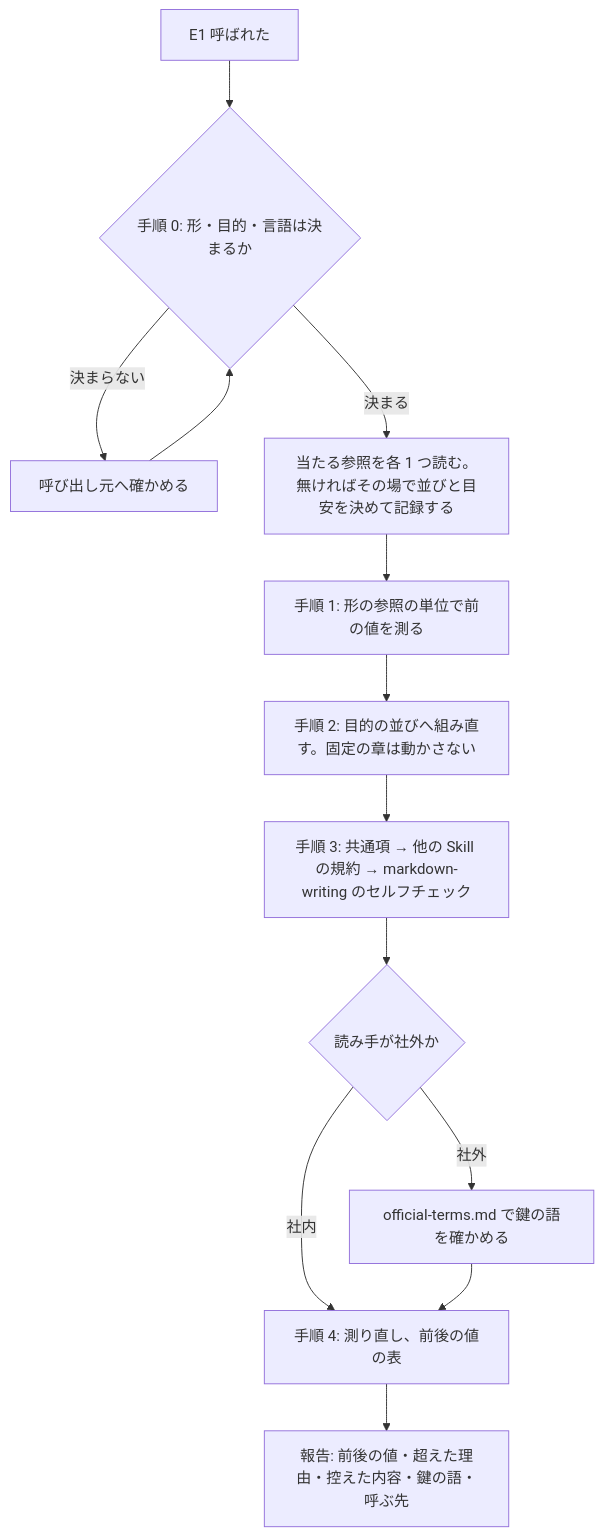
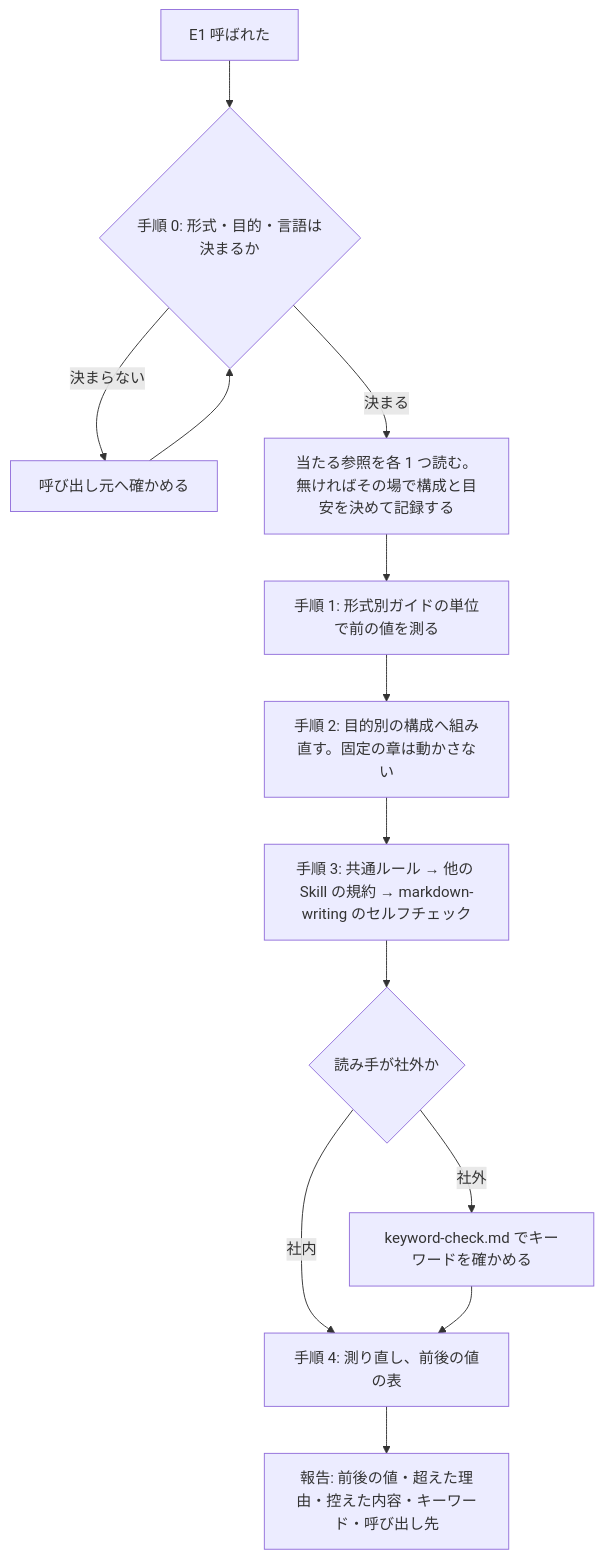
One commit to devbasex/ai-plugins changed the second of 2 diagrams in issues/issue-2086-design.md. Above: the diagram before and after it, drawn with Mermaid. The commit also changed other lines of this file and 3 other files, not shown here.

````diff
--- a/issues/issue-2086-design.md
+++ b/issues/issue-2086-design.md
@@ -259,15 +263,15 @@
 ```mermaid
 graph TD
-  A[E1 呼ばれた] --> B{手順 0: 形・目的・言語は決まるか}
+  A[E1 呼ばれた] --> B{手順 0: 形式・目的・言語は決まるか}
   B -->|決まらない| Q[呼び出し元へ確かめる]
   Q --> B
-  B -->|決まる| C[当たる参照を各 1 つ読む。無ければその場で並びと目安を決めて記録する]
-  C --> D[手順 1: 形の参照の単位で前の値を測る]
-  D --> E[手順 2: 目的の並びへ組み直す。固定の章は動かさない]
-  E --> F[手順 3: 共通項 → 他の Skill の規約 → markdown-writing のセルフチェック]
+  B -->|決まる| C[当たる参照を各 1 つ読む。無ければその場で構成と目安を決めて記録する]
+  C --> D[手順 1: 形式別ガイドの単位で前の値を測る]
+  D --> E[手順 2: 目的別の構成へ組み直す。固定の章は動かさない]
+  E --> F[手順 3: 共通ルール → 他の Skill の規約 → markdown-writing のセルフチェック]
   F --> G{読み手が社外か}
-  G -->|社外| H[official-terms.md で鍵の語を確かめる]
+  G -->|社外| H[keyword-check.md でキーワードを確かめる]
   G -->|社内| I
   H --> I[手順 4: 測り直し、前後の値の表]
-  I --> J[報告: 前後の値・超えた理由・控えた内容・鍵の語・呼ぶ先]
+  I --> J[報告: 前後の値・超えた理由・控えた内容・キーワード・呼び出し先]
 ```
````
